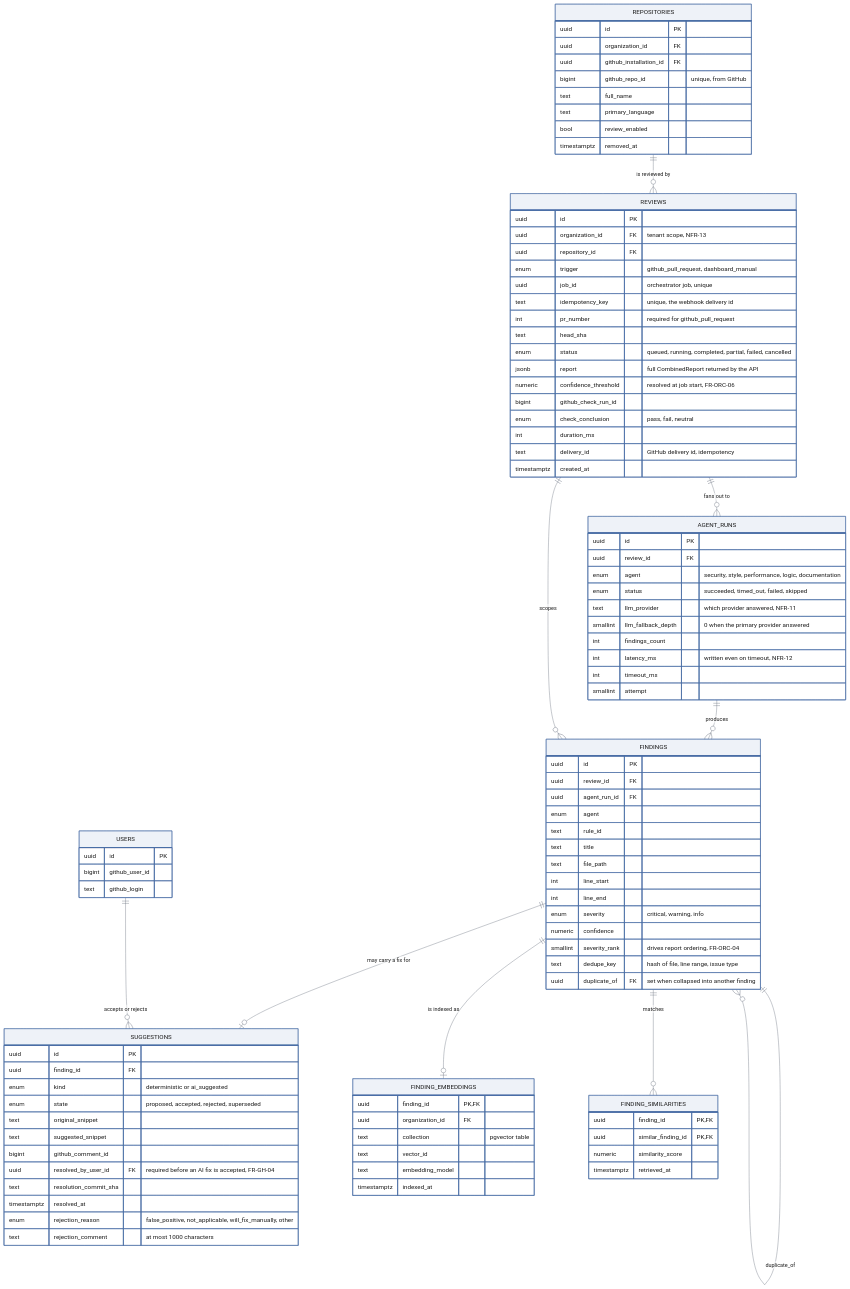
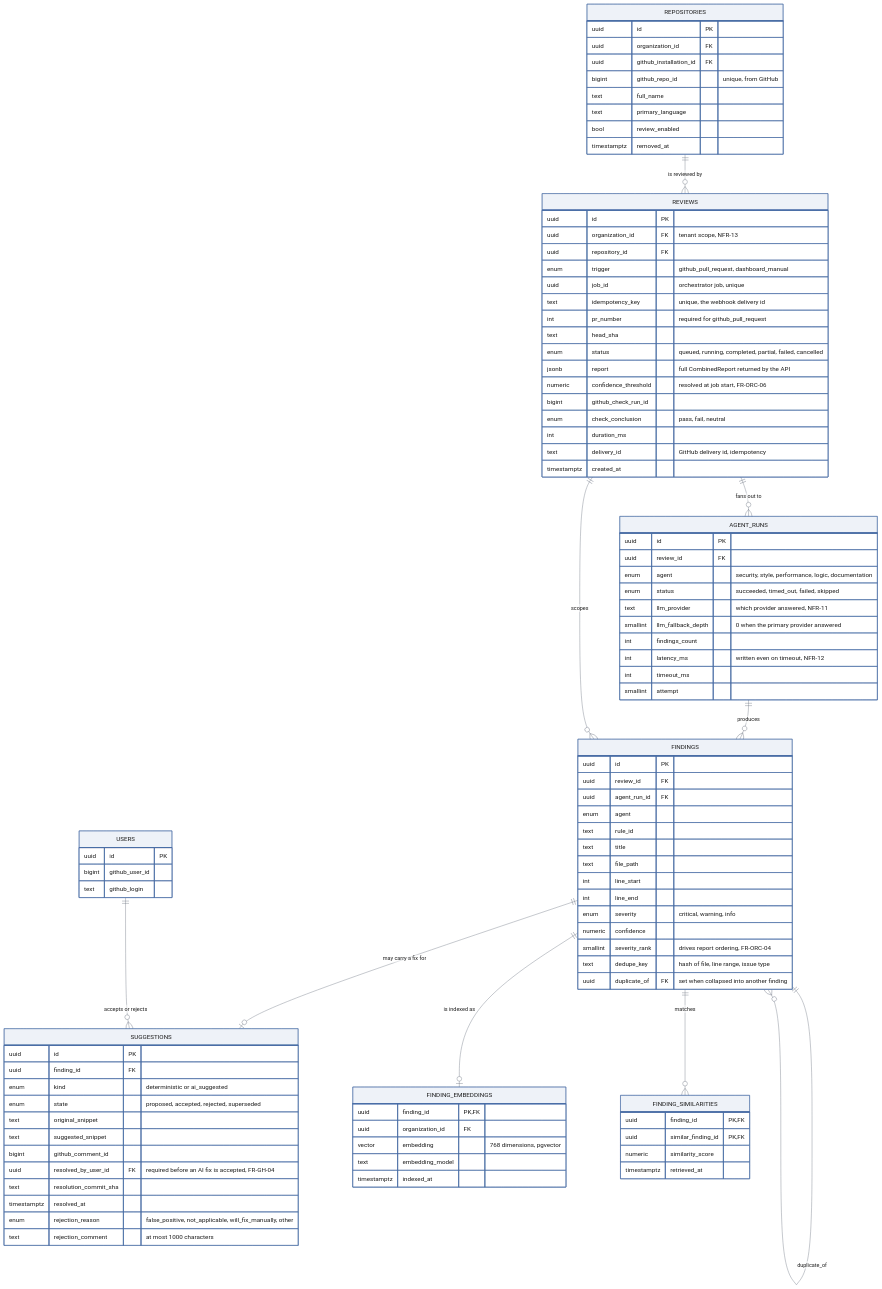
Before and after one commit to sumit-0804/CodeSentinel: the diagram in docs/design/diagrams/mermaid/er_core.mmd, drawn with Mermaid. The commit also changed 5 other files, not shown here.

```diff
--- a/docs/design/diagrams/mermaid/er_core.mmd
+++ b/docs/design/diagrams/mermaid/er_core.mmd
@@ -1,108 +1,107 @@
 %%{init: {"theme":"base","themeVariables":{"primaryColor":"#eef2f8","primaryBorderColor":"#4a6fa5","lineColor":"#6b7280","primaryTextColor":"#1a1a1a"}} }%%
 erDiagram
     REPOSITORIES  ||--o{ REVIEWS              : "is reviewed by"
     REVIEWS       ||--o{ AGENT_RUNS           : "fans out to"
     AGENT_RUNS    ||--o{ FINDINGS             : "produces"
     REVIEWS       ||--o{ FINDINGS             : "scopes"
     FINDINGS      ||--o| SUGGESTIONS          : "may carry a fix for"
     FINDINGS      ||--o| FINDING_EMBEDDINGS   : "is indexed as"
     FINDINGS      ||--o{ FINDING_SIMILARITIES : "matches"
     FINDINGS      ||--o{ FINDINGS             : "duplicate_of"
     USERS         ||--o{ SUGGESTIONS          : "accepts or rejects"
 
     REPOSITORIES {
         uuid   id                     PK
         uuid   organization_id        FK
         uuid   github_installation_id FK
         bigint github_repo_id         "unique, from GitHub"
         text   full_name
         text   primary_language
         bool   review_enabled
         timestamptz removed_at
     }
 
     REVIEWS {
         uuid        id                   PK
         uuid        organization_id      FK "tenant scope, NFR-13"
         uuid        repository_id        FK
         enum        trigger              "github_pull_request, dashboard_manual"
         uuid        job_id               "orchestrator job, unique"
         text        idempotency_key      "unique, the webhook delivery id"
         int         pr_number            "required for github_pull_request"
         text        head_sha
         enum        status               "queued, running, completed, partial, failed, cancelled"
         jsonb       report               "full CombinedReport returned by the API"
         numeric     confidence_threshold "resolved at job start, FR-ORC-06"
         bigint      github_check_run_id
         enum        check_conclusion     "pass, fail, neutral"
         int         duration_ms
         text        delivery_id          "GitHub delivery id, idempotency"
         timestamptz created_at
     }
 
     AGENT_RUNS {
         uuid        id                 PK
         uuid        review_id          FK
         enum        agent              "security, style, performance, logic, documentation"
         enum        status             "succeeded, timed_out, failed, skipped"
         text        llm_provider       "which provider answered, NFR-11"
         smallint    llm_fallback_depth "0 when the primary provider answered"
         int         findings_count
         int         latency_ms         "written even on timeout, NFR-12"
         int         timeout_ms
         smallint    attempt
     }
 
     FINDINGS {
         uuid     id            PK
         uuid     review_id     FK
         uuid     agent_run_id  FK
         enum     agent
         text     rule_id
         text     title
         text     file_path
         int      line_start
         int      line_end
         enum     severity      "critical, warning, info"
         numeric  confidence
         smallint severity_rank "drives report ordering, FR-ORC-04"
         text     dedupe_key    "hash of file, line range, issue type"
         uuid     duplicate_of  FK "set when collapsed into another finding"
     }
 
     SUGGESTIONS {
         uuid        id                    PK
         uuid        finding_id            FK
         enum        kind                  "deterministic or ai_suggested"
         enum        state                 "proposed, accepted, rejected, superseded"
         text        original_snippet
         text        suggested_snippet
         bigint      github_comment_id
         uuid        resolved_by_user_id   FK "required before an AI fix is accepted, FR-GH-04"
         text        resolution_commit_sha
         timestamptz resolved_at
         enum        rejection_reason      "false_positive, not_applicable, will_fix_manually, other"
         text        rejection_comment     "at most 1000 characters"
     }
 
     FINDING_EMBEDDINGS {
         uuid        finding_id      PK, FK
         uuid        organization_id FK
-        text        collection      "pgvector table"
-        text        vector_id
+        vector      embedding       "768 dimensions, pgvector"
         text        embedding_model
         timestamptz indexed_at
     }
 
     FINDING_SIMILARITIES {
         uuid        finding_id         PK, FK
         uuid        similar_finding_id PK, FK
         numeric     similarity_score
         timestamptz retrieved_at
     }
 
     USERS {
         uuid   id           PK
         bigint github_user_id
         text   github_login
     }
```
